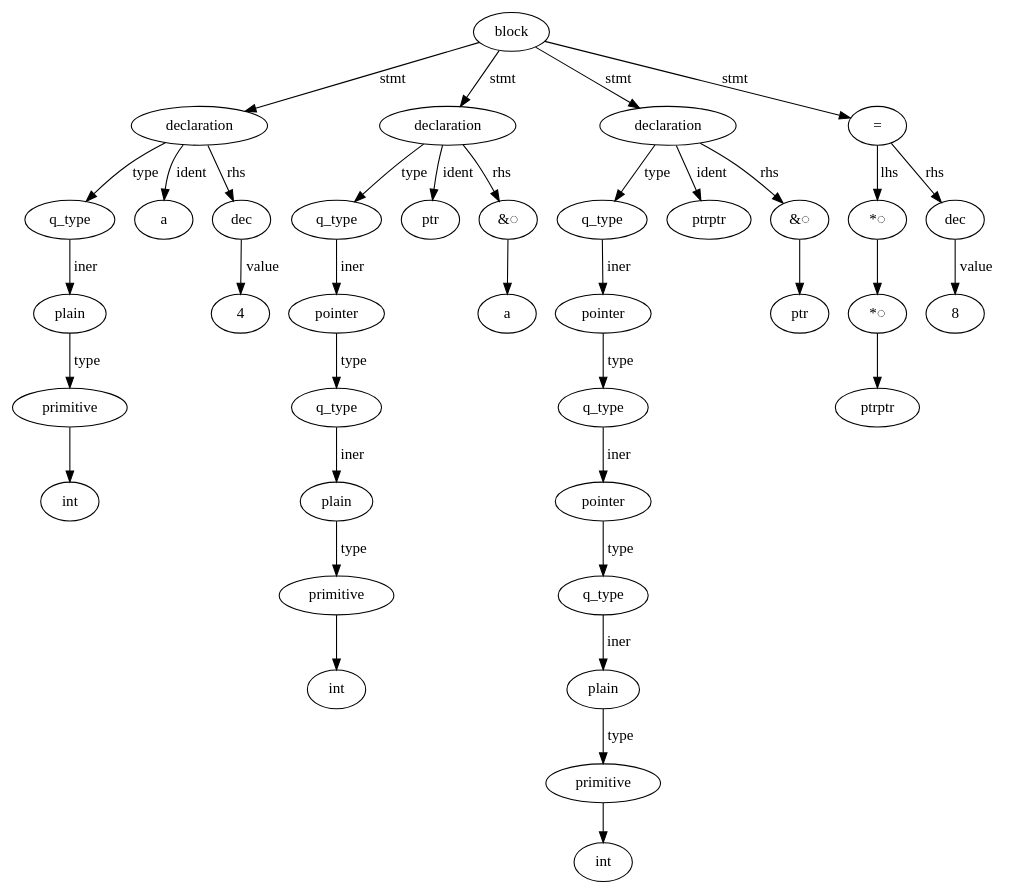
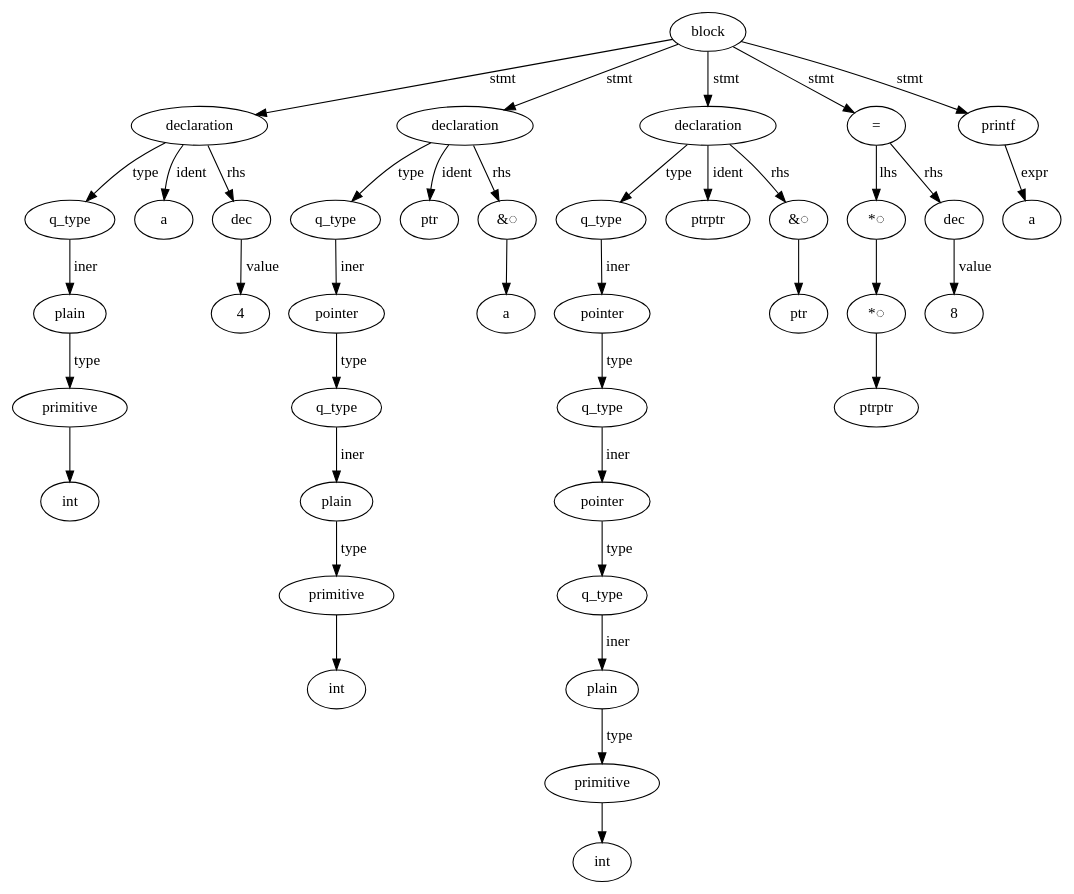
Before and after one commit to EbbDrop/c89-compiler: the diagram in test_expected/pointers.dot, drawn with Graphviz. The commit also changed 31 other files, not shown here.

```diff
--- a/test_expected/pointers.dot
+++ b/test_expected/pointers.dot
@@ -1,76 +1,80 @@
 digraph AST {
  ordering="out"
  "0" [label="block"];
  "0" -> "1" [label="stmt"];
  "1" [label="declaration"];
  "1" -> "2" [label="type"];
  "2" [label="q_type"];
  "2" -> "3" [label="iner"];
  "3" [label="plain"];
  "3" -> "4" [label="type"];
  "4" [label="primitive"];
  "4" -> "5" [label=""];
  "5" [label="int"];
  "1" -> "6" [label="ident"];
  "6" [label="a"];
  "1" -> "7" [label="rhs"];
  "7" [label="dec"];
  "7" -> "8" [label="value"];
  "8" [label="4"];
  "0" -> "9" [label="stmt"];
  "9" [label="declaration"];
  "9" -> "10" [label="type"];
  "10" [label="q_type"];
  "10" -> "11" [label="iner"];
  "11" [label="pointer"];
  "11" -> "12" [label="type"];
  "12" [label="q_type"];
  "12" -> "13" [label="iner"];
  "13" [label="plain"];
  "13" -> "14" [label="type"];
  "14" [label="primitive"];
  "14" -> "15" [label=""];
  "15" [label="int"];
  "9" -> "16" [label="ident"];
  "16" [label="ptr"];
  "9" -> "17" [label="rhs"];
  "17" [label="&◌"];
  "17" -> "18" [label=""];
  "18" [label="a"];
  "0" -> "19" [label="stmt"];
  "19" [label="declaration"];
  "19" -> "20" [label="type"];
  "20" [label="q_type"];
  "20" -> "21" [label="iner"];
  "21" [label="pointer"];
  "21" -> "22" [label="type"];
  "22" [label="q_type"];
  "22" -> "23" [label="iner"];
  "23" [label="pointer"];
  "23" -> "24" [label="type"];
  "24" [label="q_type"];
  "24" -> "25" [label="iner"];
  "25" [label="plain"];
  "25" -> "26" [label="type"];
  "26" [label="primitive"];
  "26" -> "27" [label=""];
  "27" [label="int"];
  "19" -> "28" [label="ident"];
  "28" [label="ptrptr"];
  "19" -> "29" [label="rhs"];
  "29" [label="&◌"];
  "29" -> "30" [label=""];
  "30" [label="ptr"];
  "0" -> "31" [label="stmt"];
  "31" [label="="];
  "31" -> "32" [label="lhs"];
  "32" [label="*◌"];
  "32" -> "33" [label=""];
  "33" [label="*◌"];
  "33" -> "34" [label=""];
  "34" [label="ptrptr"];
  "31" -> "35" [label="rhs"];
  "35" [label="dec"];
  "35" -> "36" [label="value"];
  "36" [label="8"];
+ "0" -> "37" [label="stmt"];
+ "37" [label="printf"];
+ "37" -> "38" [label="expr"];
+ "38" [label="a"];
 }
```
